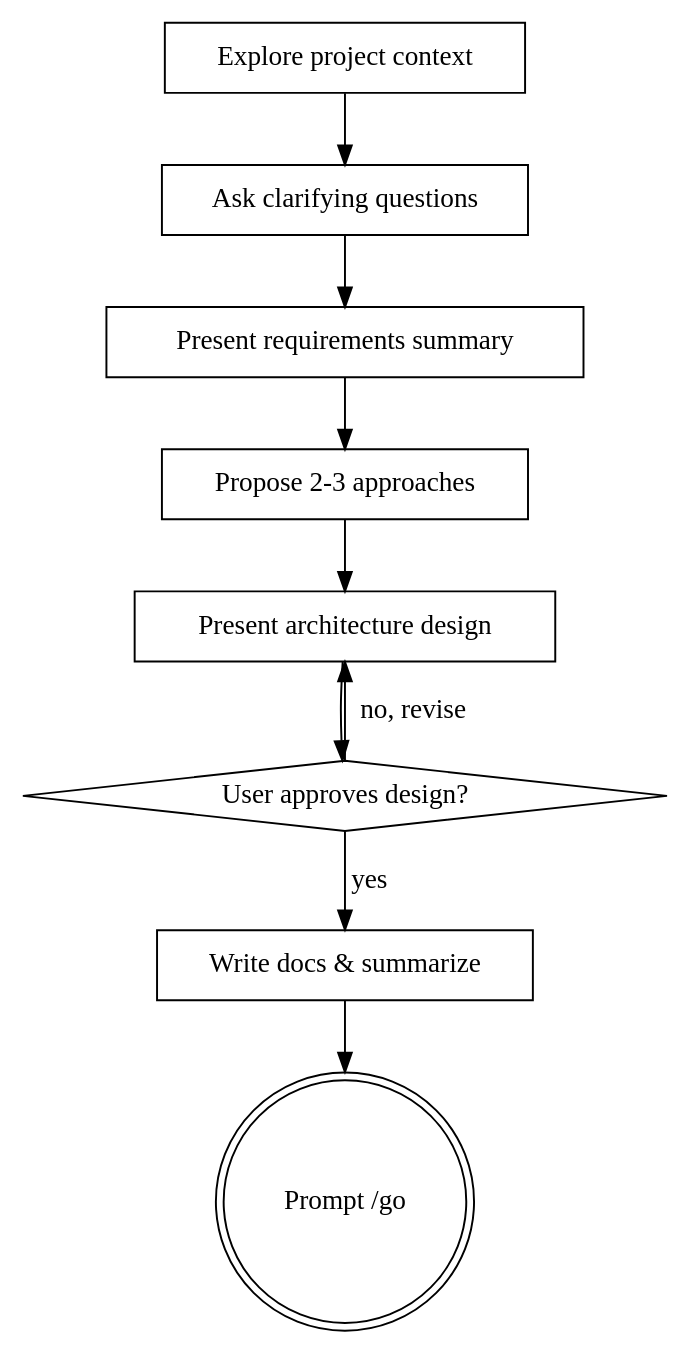
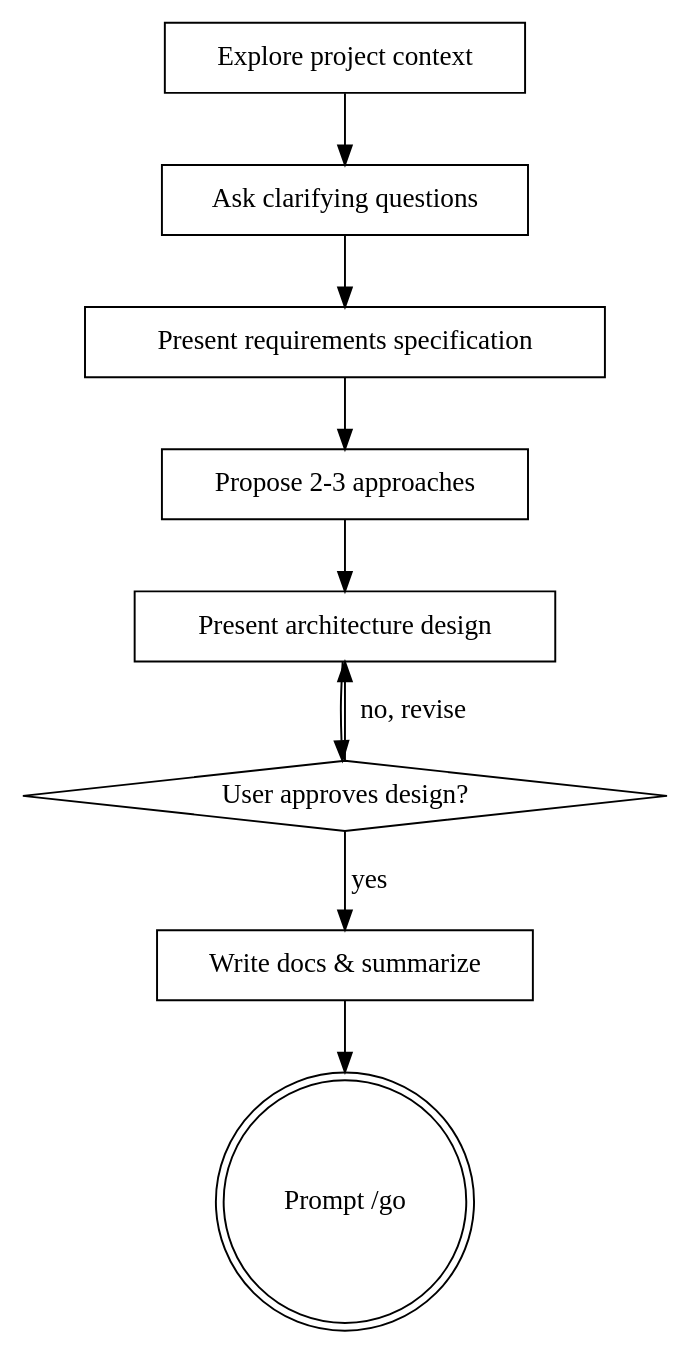
The diagram in skills/plan/SKILL.md (owniai/vibewire), drawn with Graphviz before and after one commit. The commit also changed other lines of this file, not shown here.

````diff
--- a/skills/plan/SKILL.md
+++ b/skills/plan/SKILL.md
@@ -36,21 +36,21 @@
 ```dot
 digraph plan {
     "Explore project context" [shape=box];
     "Ask clarifying questions" [shape=box];
-    "Present requirements summary" [shape=box];
+    "Present requirements specification" [shape=box];
     "Propose 2-3 approaches" [shape=box];
     "Present architecture design" [shape=box];
     "User approves design?" [shape=diamond];
     "Write docs & summarize" [shape=box];
     "Prompt /go" [shape=doublecircle];
 
     "Explore project context" -> "Ask clarifying questions";
-    "Ask clarifying questions" -> "Present requirements summary";
-    "Present requirements summary" -> "Propose 2-3 approaches";
+    "Ask clarifying questions" -> "Present requirements specification";
+    "Present requirements specification" -> "Propose 2-3 approaches";
     "Propose 2-3 approaches" -> "Present architecture design";
     "Present architecture design" -> "User approves design?";
     "User approves design?" -> "Present architecture design" [label="no, revise"];
     "User approves design?" -> "Write docs & summarize" [label="yes"];
     "Write docs & summarize" -> "Prompt /go";
 }
 ```
````
